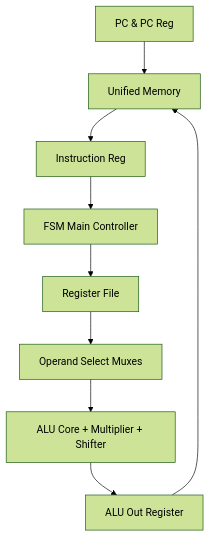
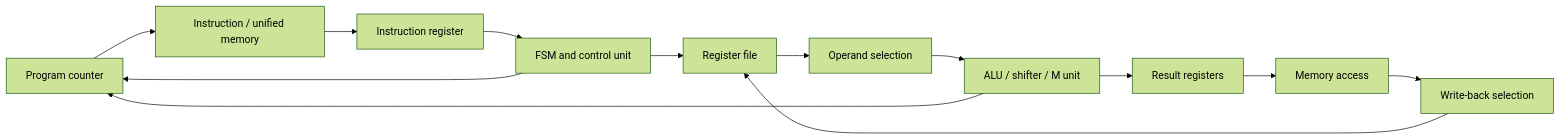
The diagram in README.md (usman-irshad1/risc-v-multicycle-processor), drawn with Mermaid (forest theme) before and after one commit. The commit also changed other lines of this file, not shown here.

````diff
--- a/README.md
+++ b/README.md
@@ -17,11 +19,15 @@
 ```mermaid
-graph TD
-    PC[PC & PC Reg] --> UMEM[Unified Memory]
-    UMEM --> IR[Instruction Reg]
-    IR --> FSM[FSM Main Controller]
-    FSM --> RF[Register File]
-    RF --> ALUMUX[Operand Select Muxes]
-    ALUMUX --> ALU[ALU Core + Multiplier + Shifter]
-    ALU --> ALUOUT[ALU Out Register]
-    ALUOUT --> UMEM
+flowchart LR
+    PC[Program counter] --> IM[Instruction / unified memory]
+    IM --> IR[Instruction register]
+    IR --> CTRL[FSM and control unit]
+    CTRL --> RF[Register file]
+    RF --> MUX[Operand selection]
+    MUX --> ALU[ALU / shifter / M unit]
+    ALU --> RES[Result registers]
+    RES --> MEM[Memory access]
+    MEM --> WB[Write-back selection]
+    WB --> RF
+    CTRL --> PC
+    ALU --> PC
 ```
````
